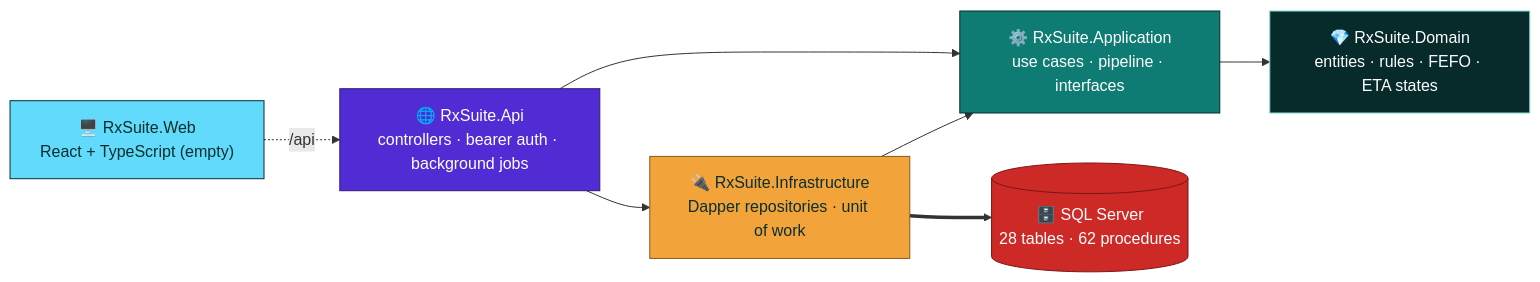
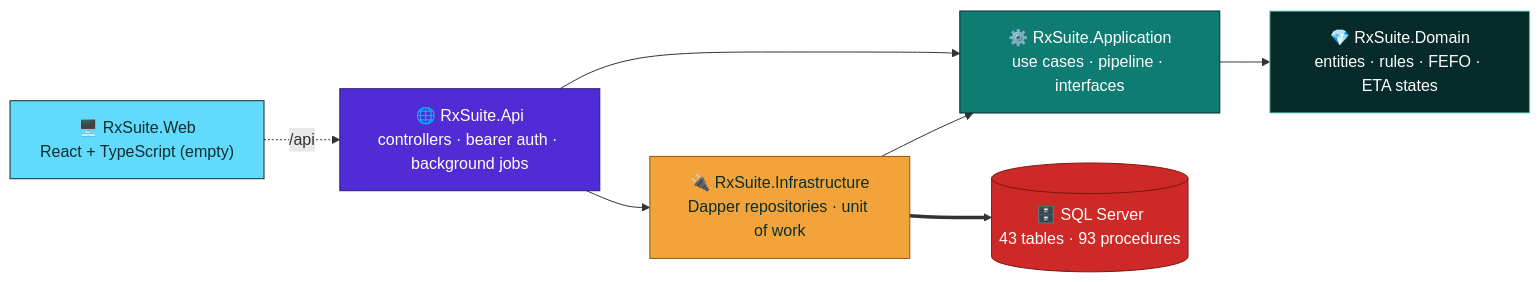
The first of 5 diagrams in README.md (Mohamed123098/RxSuite-Pharmacy-ERP-System-), drawn with Mermaid before and after one commit. The commit also changed other lines of this file and 37 other files, not shown here.

````diff
--- a/README.md
+++ b/README.md
@@ -67,23 +72,23 @@
 ```mermaid
 flowchart LR
     WEB["🖥️ RxSuite.Web<br/>React + TypeScript (empty)"]:::web
     API["🌐 RxSuite.Api<br/>controllers · bearer auth · background jobs"]:::api
     INF["🔌 RxSuite.Infrastructure<br/>Dapper repositories · unit of work"]:::infra
     APP["⚙️ RxSuite.Application<br/>use cases · pipeline · interfaces"]:::app
     DOM["💎 RxSuite.Domain<br/>entities · rules · FEFO · ETA states"]:::domain
-    DB[("🗄️ SQL Server<br/>28 tables · 62 procedures")]:::db
+    DB[("🗄️ SQL Server<br/>43 tables · 93 procedures")]:::db
 
     WEB -. "/api" .-> API
     API --> INF
     API --> APP
     INF --> APP
     APP --> DOM
     INF ==> DB
 
     classDef web fill:#61DAFB,stroke:#0B2F2E,color:#0B2F2E
     classDef api fill:#512BD4,stroke:#2E1A7A,color:#FFFFFF
     classDef infra fill:#F2A33A,stroke:#8A5A12,color:#0B2F2E
     classDef app fill:#0E7C73,stroke:#062B2A,color:#FFFFFF
     classDef domain fill:#062B2A,stroke:#7FE0D4,color:#FFFFFF
     classDef db fill:#CC2927,stroke:#7A1716,color:#FFFFFF
 ```
````
